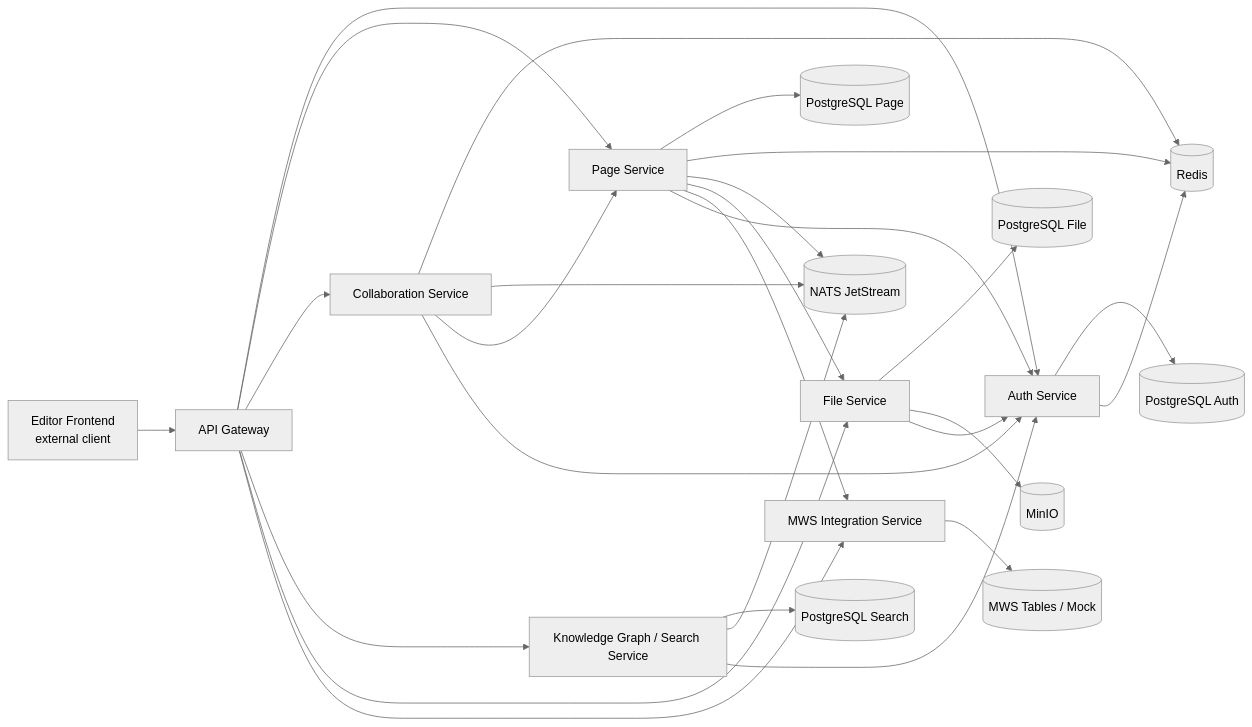
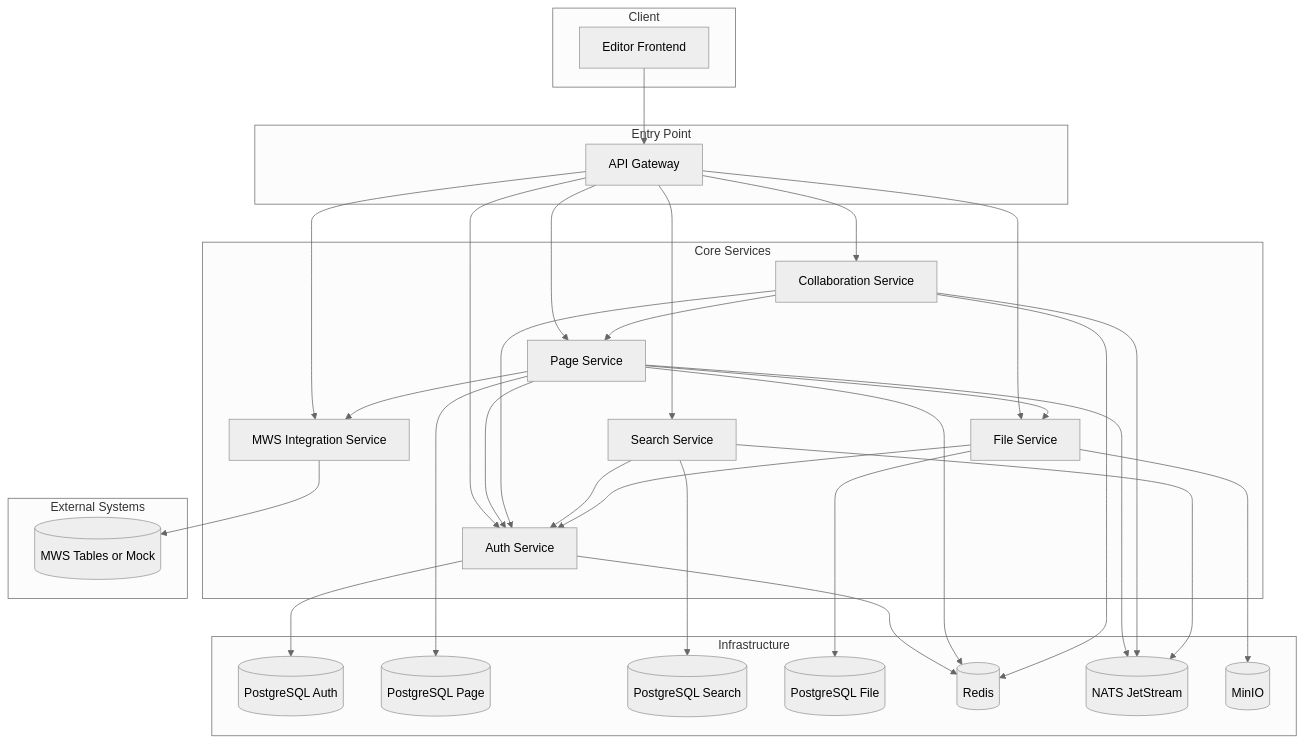
Before and after one commit to NimmWee/pamparaam: the first of 2 diagrams in README.md, drawn with Mermaid (neutral theme).

Commit message:
docs: simplify architecture diagram in README

````diff
--- a/README.md
+++ b/README.md
@@ -60,36 +60,67 @@
 ```mermaid
-flowchart LR
-    FE[Editor Frontend\nexternal client] --> GW[API Gateway]
+flowchart TB
+    subgraph CLIENT["Client"]
+        FE[Editor Frontend]
+    end
 
-    GW --> AUTH[Auth Service]
-    GW --> PAGE[Page Service]
-    GW --> COLLAB[Collaboration Service]
-    GW --> SEARCH[Knowledge Graph / Search Service]
-    GW --> FILES[File Service]
-    GW --> MWSI[MWS Integration Service]
+    subgraph ENTRY["Entry Point"]
+        GW[API Gateway]
+    end
 
-    PAGE --> PGPAGE[(PostgreSQL Page)]
-    PAGE --> REDIS[(Redis)]
-    PAGE --> NATS[(NATS JetStream)]
+    subgraph SERVICES["Core Services"]
+        AUTH[Auth Service]
+        PAGE[Page Service]
+        COLLAB[Collaboration Service]
+        SEARCH[Search Service]
+        FILES[File Service]
+        MWSI[MWS Integration Service]
+    end
+
+    subgraph INFRA["Infrastructure"]
+        PGAUTH[(PostgreSQL Auth)]
+        PGPAGE[(PostgreSQL Page)]
+        PGSEARCH[(PostgreSQL Search)]
+        PGFILE[(PostgreSQL File)]
+        REDIS[(Redis)]
+        NATS[(NATS JetStream)]
+        MINIO[(MinIO)]
+    end
+
+    subgraph EXTERNAL["External Systems"]
+        MWS[(MWS Tables or Mock)]
+    end
+
+    FE --> GW
+
+    GW --> AUTH
+    GW --> PAGE
+    GW --> COLLAB
+    GW --> SEARCH
+    GW --> FILES
+    GW --> MWSI
+
+    AUTH --> PGAUTH
+    AUTH --> REDIS
+
+    PAGE --> PGPAGE
+    PAGE --> REDIS
+    PAGE --> NATS
+    PAGE --> AUTH
     PAGE --> FILES
     PAGE --> MWSI
-    PAGE --> AUTH
 
     COLLAB --> REDIS
     COLLAB --> NATS
     COLLAB --> PAGE
     COLLAB --> AUTH
 
-    SEARCH --> PGSEARCH[(PostgreSQL Search)]
+    SEARCH --> PGSEARCH
     SEARCH --> NATS
     SEARCH --> AUTH
 
-    FILES --> PGFILE[(PostgreSQL File)]
-    FILES --> MINIO[(MinIO)]
+    FILES --> PGFILE
+    FILES --> MINIO
     FILES --> AUTH
 
-    AUTH --> PGAUTH[(PostgreSQL Auth)]
-    AUTH --> REDIS
-
-    MWSI --> MWS[(MWS Tables / Mock)]
+    MWSI --> MWS
 ```
````
